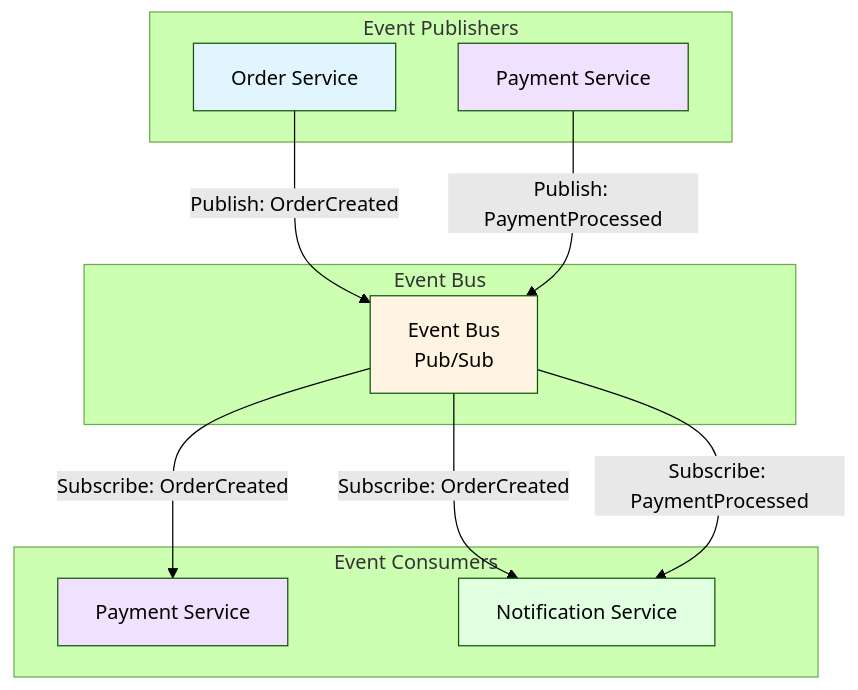
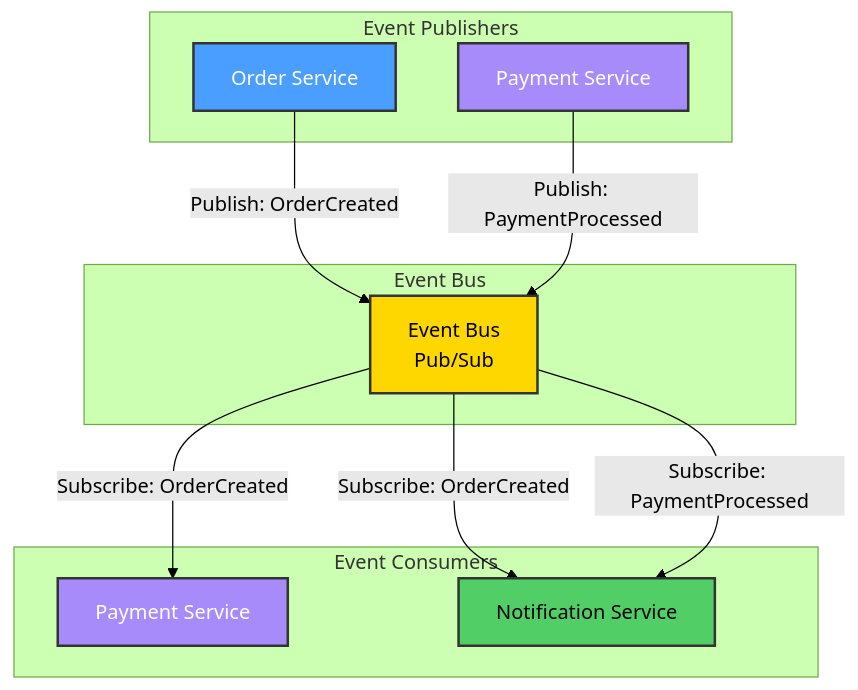
The fifth of 17 diagrams in Level_3/Semester_1/Distributed_Systems/Project/System_Architecture_in_Distributed_Systems/docs/ARCHITECTURE.md (elewashy/Tanta-University), drawn with Mermaid (forest theme) before and after one commit. The commit also changed other lines of this file and 4 other files, not shown here.

````diff
--- a/Level_3/Semester_1/Distributed_Systems/Project/System_Architecture_in_Distributed_Systems/docs/ARCHITECTURE.md
+++ b/Level_3/Semester_1/Distributed_Systems/Project/System_Architecture_in_Distributed_Systems/docs/ARCHITECTURE.md
@@ -207,29 +207,29 @@
 ```mermaid
 graph TB
     subgraph "Event Publishers"
         OrderSvc[Order Service]
         PaymentSvc[Payment Service]
     end
     
     subgraph "Event Bus"
         EventBus[Event Bus<br/>Pub/Sub]
     end
     
     subgraph "Event Consumers"
         PaymentConsumer[Payment Service]
         NotifConsumer[Notification Service]
     end
     
     OrderSvc -->|Publish: OrderCreated| EventBus
     PaymentSvc -->|Publish: PaymentProcessed| EventBus
     
     EventBus -->|Subscribe: OrderCreated| PaymentConsumer
     EventBus -->|Subscribe: OrderCreated| NotifConsumer
     EventBus -->|Subscribe: PaymentProcessed| NotifConsumer
     
-    style EventBus fill:#fff4e1
-    style OrderSvc fill:#e1f5ff
-    style PaymentSvc fill:#f0e1ff
-    style PaymentConsumer fill:#f0e1ff
-    style NotifConsumer fill:#e1ffe1
+    style EventBus fill:#ffd700,stroke:#333,stroke-width:2px,color:#000
+    style OrderSvc fill:#4a9eff,stroke:#333,stroke-width:2px,color:#fff
+    style PaymentSvc fill:#a78bfa,stroke:#333,stroke-width:2px,color:#fff
+    style PaymentConsumer fill:#a78bfa,stroke:#333,stroke-width:2px,color:#fff
+    style NotifConsumer fill:#51cf66,stroke:#333,stroke-width:2px,color:#000
 ```
````
